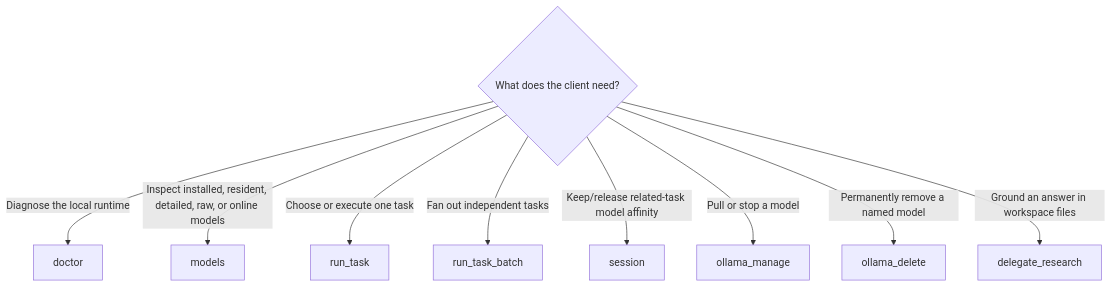
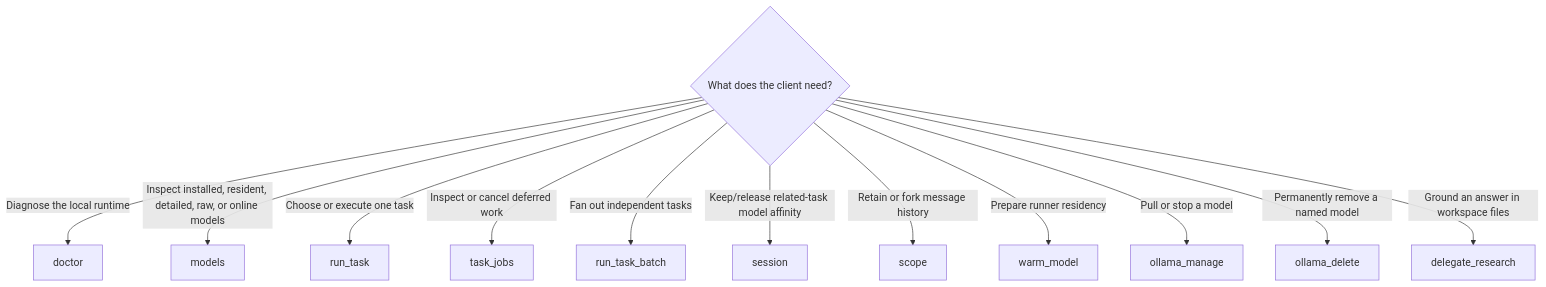
Before and after one commit to bgauryy/FreeLlama: the first of 2 diagrams in packages/mcp/README.md, drawn with Mermaid. The commit also changed other lines of this file and 229 other files, not shown here.

````diff
--- a/packages/mcp/README.md
+++ b/packages/mcp/README.md
@@ -24,12 +30,15 @@
 ```mermaid
 flowchart TD
     Q{"What does the client need?"}
     Q -->|"Diagnose the local runtime"| D["doctor"]
     Q -->|"Inspect installed, resident, detailed, raw, or online models"| M["models"]
     Q -->|"Choose or execute one task"| R["run_task"]
+    Q -->|"Inspect or cancel deferred work"| J["task_jobs"]
     Q -->|"Fan out independent tasks"| B["run_task_batch"]
     Q -->|"Keep/release related-task model affinity"| S["session"]
+    Q -->|"Retain or fork message history"| H["scope"]
+    Q -->|"Prepare runner residency"| W["warm_model"]
     Q -->|"Pull or stop a model"| O["ollama_manage"]
     Q -->|"Permanently remove a named model"| X["ollama_delete"]
     Q -->|"Ground an answer in workspace files"| G["delegate_research"]
 ```
````
